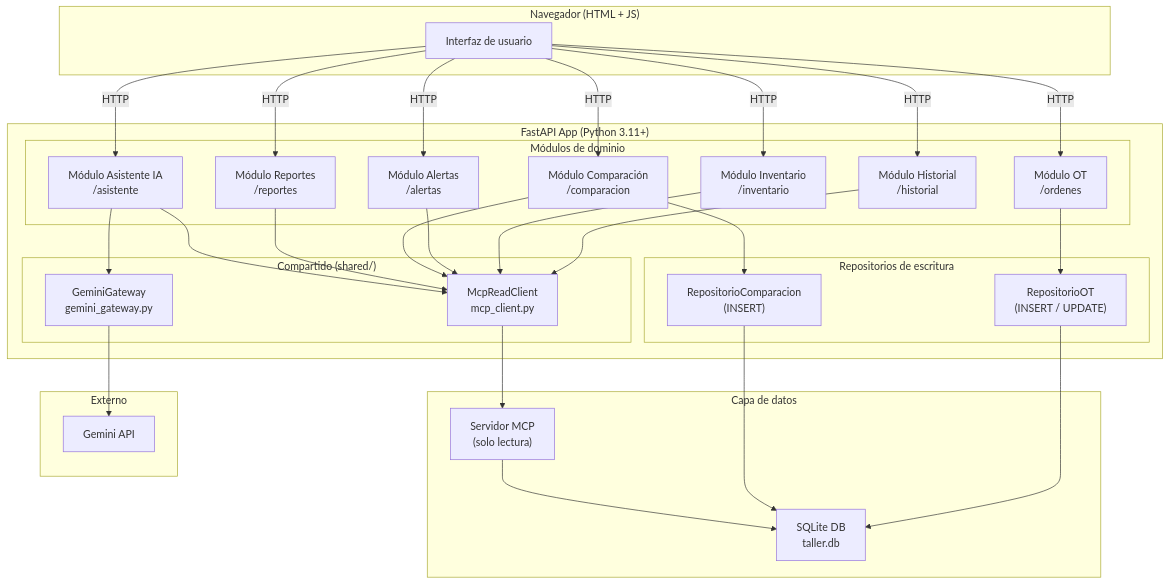
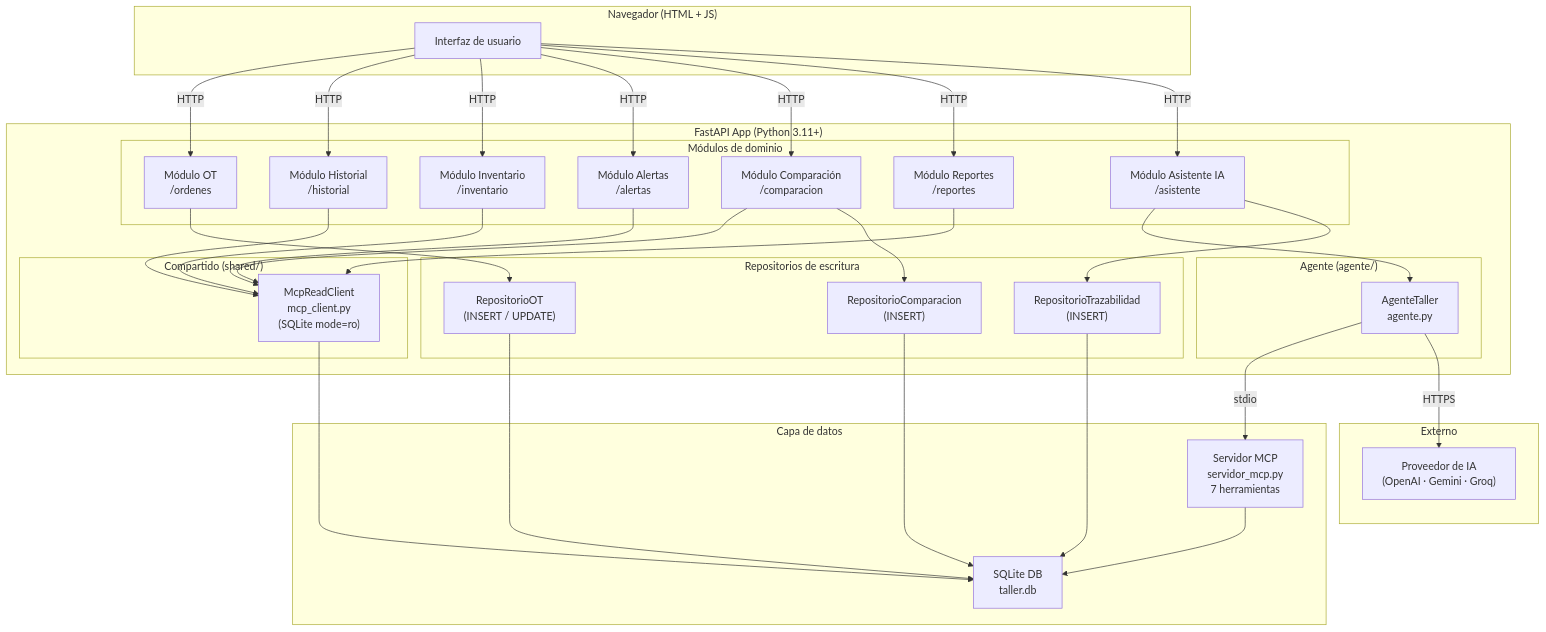
One commit to diegocr02/Proyecto-Taller changed the third of 5 diagrams in .kiro/specs/asistente-taller-jorge-motors/design.md. Above: the diagram before and after it, drawn with Mermaid. The commit also changed other lines of this file and 9 other files, not shown here.

````diff
--- a/.kiro/specs/asistente-taller-jorge-motors/design.md
+++ b/.kiro/specs/asistente-taller-jorge-motors/design.md
@@ -80,52 +85,58 @@
 ```mermaid
 flowchart TD
     subgraph Navegador["Navegador (HTML + JS)"]
         UI["Interfaz de usuario"]
     end
 
     subgraph FastAPIApp["FastAPI App (Python 3.11+)"]
         subgraph Modulos["Módulos de dominio"]
             MOT["Módulo OT\n/ordenes"]
             MHist["Módulo Historial\n/historial"]
             MInv["Módulo Inventario\n/inventario"]
             MAl["Módulo Alertas\n/alertas"]
             MComp["Módulo Comparación\n/comparacion"]
             MRep["Módulo Reportes\n/reportes"]
             MAI["Módulo Asistente IA\n/asistente"]
         end
 
         subgraph Shared["Compartido (shared/)"]
-            McpClient["McpReadClient\nmcp_client.py"]
-            GG["GeminiGateway\ngemini_gateway.py"]
+            McpClient["McpReadClient\nmcp_client.py\n(SQLite mode=ro)"]
+        end
+
+        subgraph Agente["Agente (agente/)"]
+            AG["AgenteTaller\nagente.py"]
         end
 
         subgraph Repos["Repositorios de escritura"]
             ROT["RepositorioOT\n(INSERT / UPDATE)"]
             RComp["RepositorioComparacion\n(INSERT)"]
+            RTraz["RepositorioTrazabilidad\n(INSERT)"]
         end
     end
 
     subgraph Datos["Capa de datos"]
         SQLite["SQLite DB\ntaller.db"]
-        MCP["Servidor MCP\n(solo lectura)"]
+        MCP["Servidor MCP\nservidor_mcp.py\n7 herramientas"]
     end
 
     subgraph Externo["Externo"]
-        Gemini["Gemini API"]
+        IA["Proveedor de IA\n(OpenAI · Gemini · Groq)"]
     end
 
     UI -- "HTTP" --> MOT & MHist & MInv & MAl & MComp & MRep & MAI
 
     MHist & MInv & MAl & MComp & MRep --> McpClient
-    MAI --> McpClient
-    MAI --> GG
+    MAI --> AG
+    MAI --> RTraz
 
     MOT --> ROT
     MComp --> RComp
 
     ROT --> SQLite
     RComp --> SQLite
-    McpClient --> MCP
+    RTraz --> SQLite
+    McpClient --> SQLite
+    AG -- "stdio" --> MCP
     MCP --> SQLite
-    GG --> Gemini
+    AG -- "HTTPS" --> IA
 ```
````
